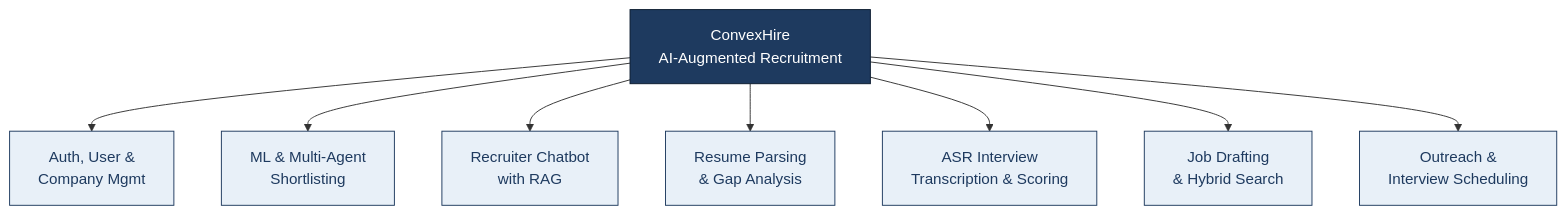
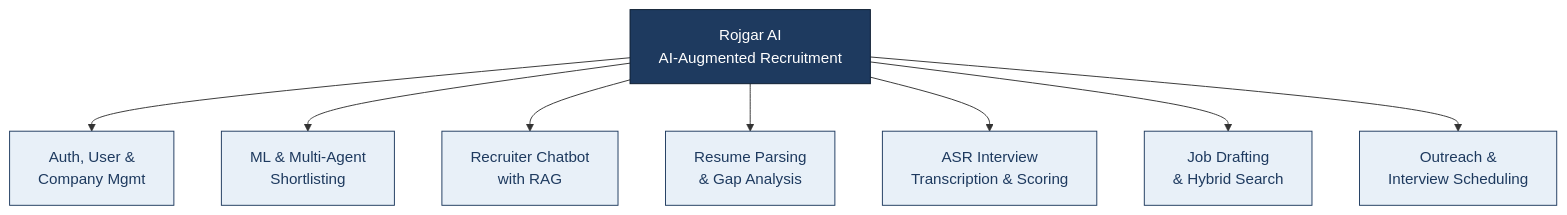
One commit to devrahulbanjara/Rojgar-AI changed the diagram in docs/diagrams/fdd.mmd. Above: the diagram before and after it, drawn with Mermaid. The commit also changed 43 other files, not shown here.

First line of the commit message:
chore(brand): rename ConvexHire to Rojgar AI

```diff
--- a/docs/diagrams/fdd.mmd
+++ b/docs/diagrams/fdd.mmd
@@ -1,18 +1,18 @@
 graph TD
-    CH[ConvexHire<br/>AI-Augmented Recruitment]
+    CH[Rojgar AI<br/>AI-Augmented Recruitment]
     CH --> S1[Auth, User &<br/>Company Mgmt]
     CH --> S2[ML & Multi-Agent<br/>Shortlisting]
     CH --> S3[Recruiter Chatbot<br/>with RAG]
     CH --> S4[Resume Parsing<br/>& Gap Analysis]
     CH --> S5[ASR Interview<br/>Transcription & Scoring]
     CH --> S6[Job Drafting<br/>& Hybrid Search]
     CH --> S7[Outreach &<br/>Interview Scheduling]
 
     style CH fill:#1e3a5f,stroke:#0a1a2e,color:#fff
     style S1 fill:#e8f0f8,stroke:#1e3a5f,color:#1e3a5f
     style S2 fill:#e8f0f8,stroke:#1e3a5f,color:#1e3a5f
     style S3 fill:#e8f0f8,stroke:#1e3a5f,color:#1e3a5f
     style S4 fill:#e8f0f8,stroke:#1e3a5f,color:#1e3a5f
     style S5 fill:#e8f0f8,stroke:#1e3a5f,color:#1e3a5f
     style S6 fill:#e8f0f8,stroke:#1e3a5f,color:#1e3a5f
     style S7 fill:#e8f0f8,stroke:#1e3a5f,color:#1e3a5f
```
